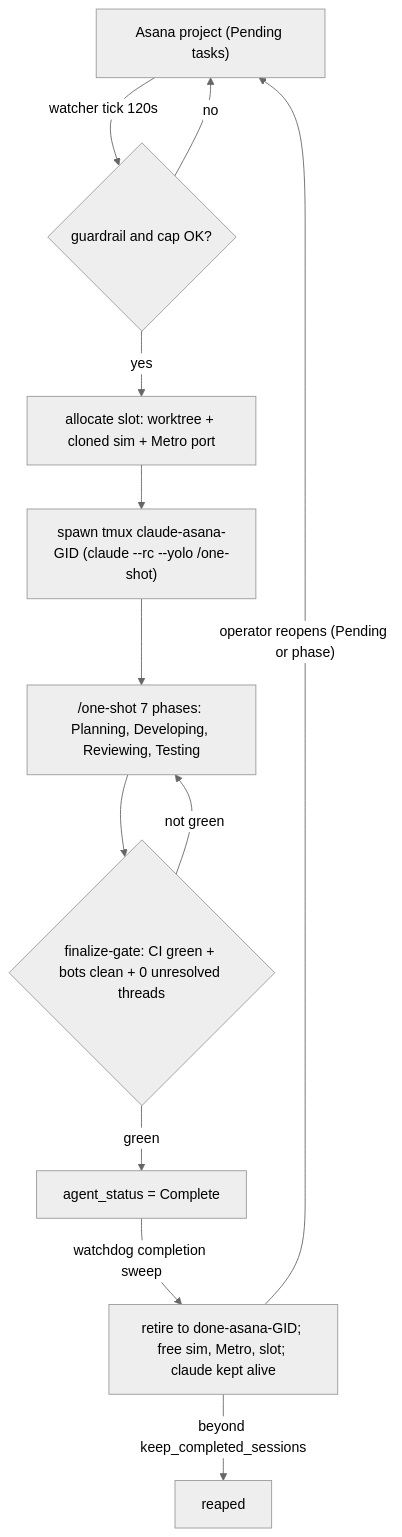
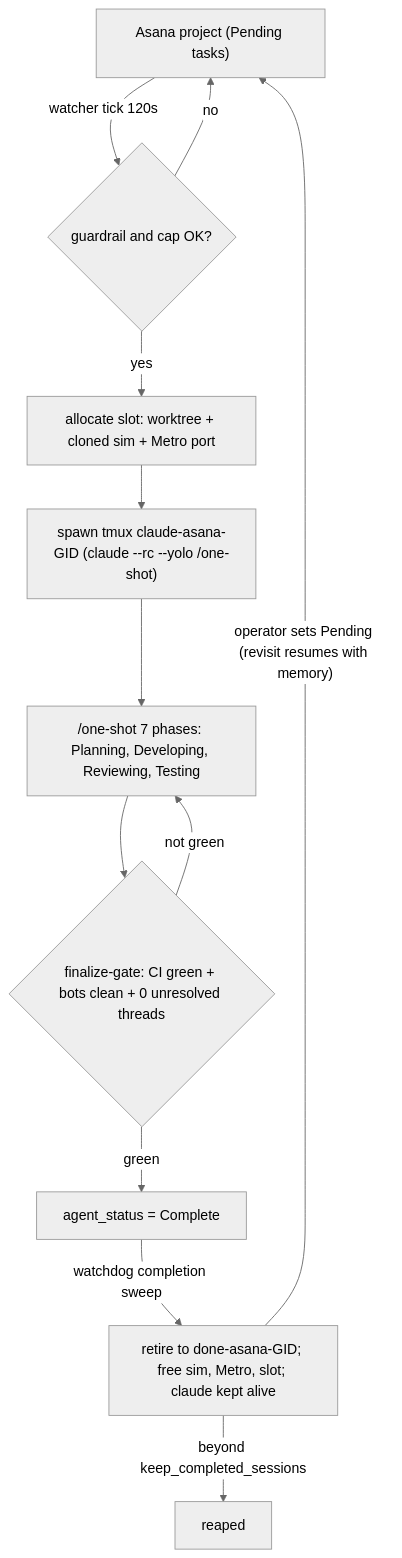
One commit to EdgeApp/edge-dev-agents changed the first of 2 diagrams in README.md. Above: the diagram before and after it, drawn with Mermaid (neutral theme). The commit also changed other lines of this file and 6 other files, not shown here.

````diff
--- a/README.md
+++ b/README.md
@@ -100,14 +106,14 @@
 ```mermaid
 flowchart TD
   A["Asana project (Pending tasks)"] -->|"watcher tick 120s"| B{"guardrail and cap OK?"}
   B -- no --> A
   B -- yes --> C["allocate slot: worktree + cloned sim + Metro port"]
   C --> D["spawn tmux claude-asana-GID (claude --rc --yolo /one-shot)"]
   D --> E["/one-shot 7 phases: Planning, Developing, Reviewing, Testing"]
   E --> F{"finalize-gate: CI green + bots clean + 0 unresolved threads"}
   F -- "not green" --> E
   F -- green --> G["agent_status = Complete"]
   G -->|"watchdog completion sweep"| H["retire to done-asana-GID; free sim, Metro, slot; claude kept alive"]
-  H -->|"operator reopens (Pending or phase)"| A
+  H -->|"operator sets Pending (revisit resumes with memory)"| A
   H -->|"beyond keep_completed_sessions"| I["reaped"]
 ```
````
